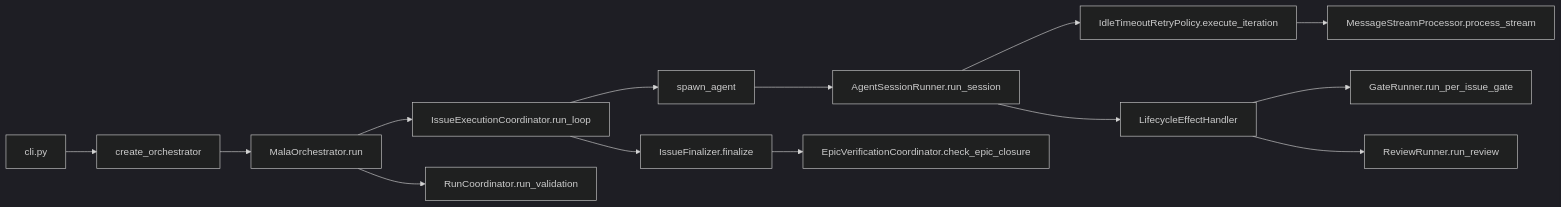
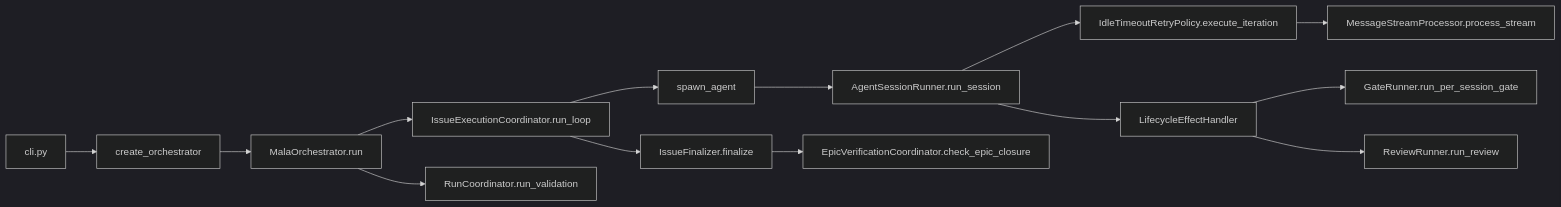
One commit to charlieyou/mala changed the second of 5 diagrams in docs/architecture.md. Above: the diagram before and after it, drawn with Mermaid (dark theme). The commit also changed other lines of this file and 63 other files, not shown here.

````diff
--- a/docs/architecture.md
+++ b/docs/architecture.md
@@ -123,16 +123,16 @@
 ```mermaid
 flowchart LR
   CLI[cli.py] --> Factory[create_orchestrator]
   Factory --> Orch[MalaOrchestrator.run]
   Orch --> Loop[IssueExecutionCoordinator.run_loop]
   Loop --> Spawn[spawn_agent]
   Spawn --> Session[AgentSessionRunner.run_session]
   Session --> Idle[IdleTimeoutRetryPolicy.execute_iteration]
   Idle --> Stream[MessageStreamProcessor.process_stream]
   Session --> Effects[LifecycleEffectHandler]
-  Effects --> Gate[GateRunner.run_per_issue_gate]
+  Effects --> Gate[GateRunner.run_per_session_gate]
   Effects --> Review[ReviewRunner.run_review]
   Loop --> Finalize[IssueFinalizer.finalize]
   Finalize --> EpicCoord[EpicVerificationCoordinator.check_epic_closure]
   Orch --> RunValidate[RunCoordinator.run_validation]
 ```
````
